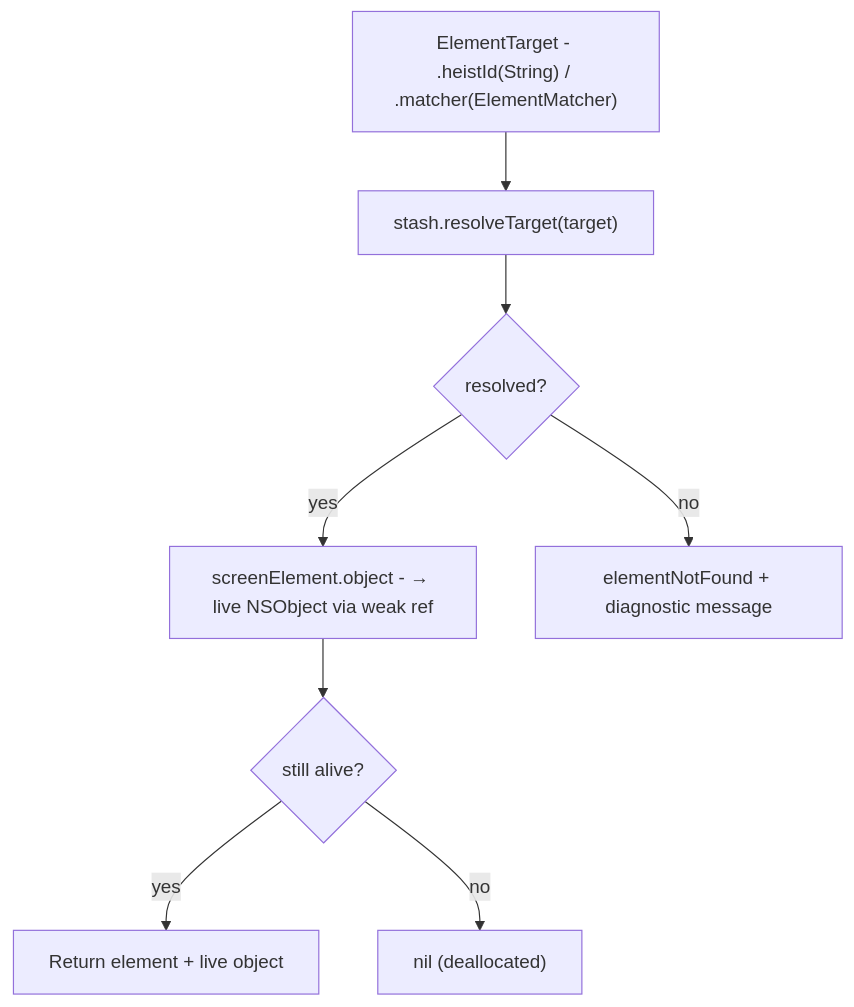
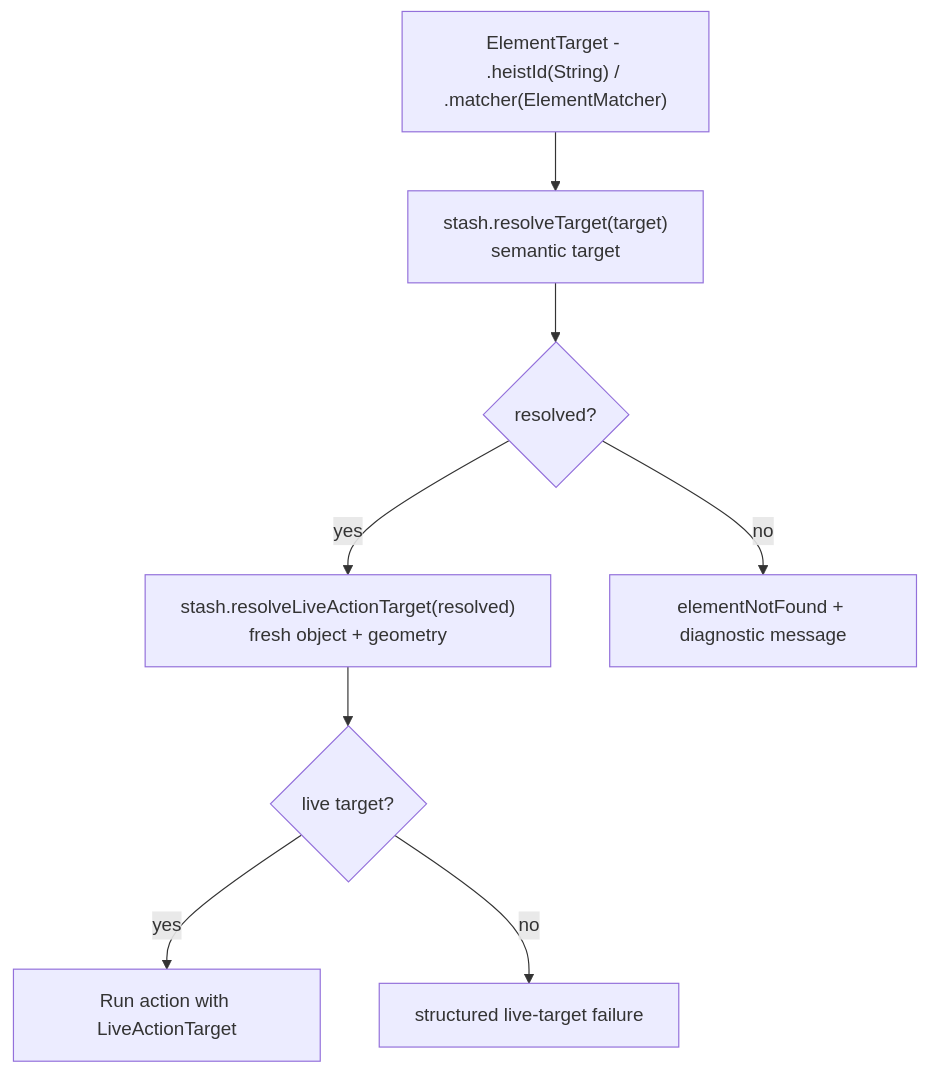
One commit to RoyalPineapple/TheButtonHeist changed the fourth of 4 diagrams in docs/dossiers/14-THESAFECRACKER.md. Above: the diagram before and after it, drawn with Mermaid. The commit also changed other lines of this file and 50 other files, not shown here.

````diff
--- a/docs/dossiers/14-THESAFECRACKER.md
+++ b/docs/dossiers/14-THESAFECRACKER.md
@@ -228,11 +228,11 @@
 ```mermaid
 flowchart TD
     Target["ElementTarget - .heistId(String) / .matcher(ElementMatcher)"]
-    Target --> Resolve["stash.resolveTarget(target)"]
+    Target --> Resolve["stash.resolveTarget(target)<br/>semantic target"]
     Resolve --> Found{resolved?}
-    Found -->|yes| WeakRef["screenElement.object - → live NSObject via weak ref"]
+    Found -->|yes| Live["stash.resolveLiveActionTarget(resolved)<br/>fresh object + geometry"]
     Found -->|no| Fail["elementNotFound + diagnostic message"]
-    WeakRef --> Alive{still alive?}
-    Alive -->|yes| UseElement["Return element + live object"]
-    Alive -->|no| Dealloc["nil (deallocated)"]
+    Live --> Alive{live target?}
+    Alive -->|yes| UseElement["Run action with LiveActionTarget"]
+    Alive -->|no| Dealloc["structured live-target failure"]
 ```
````
